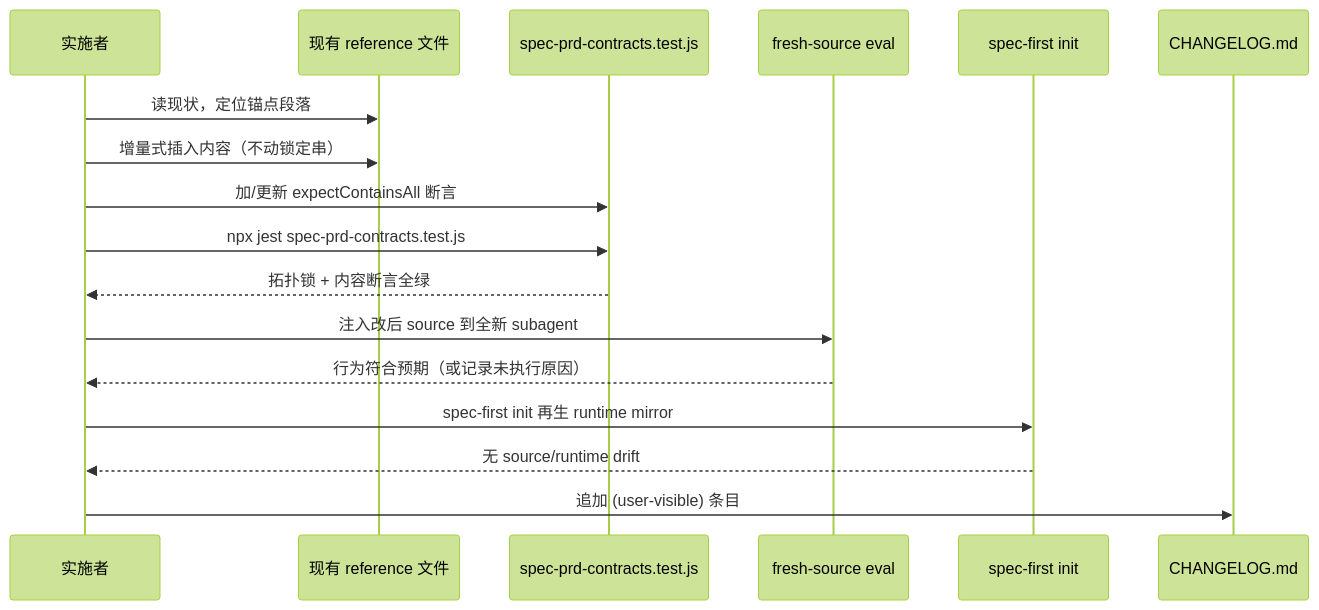
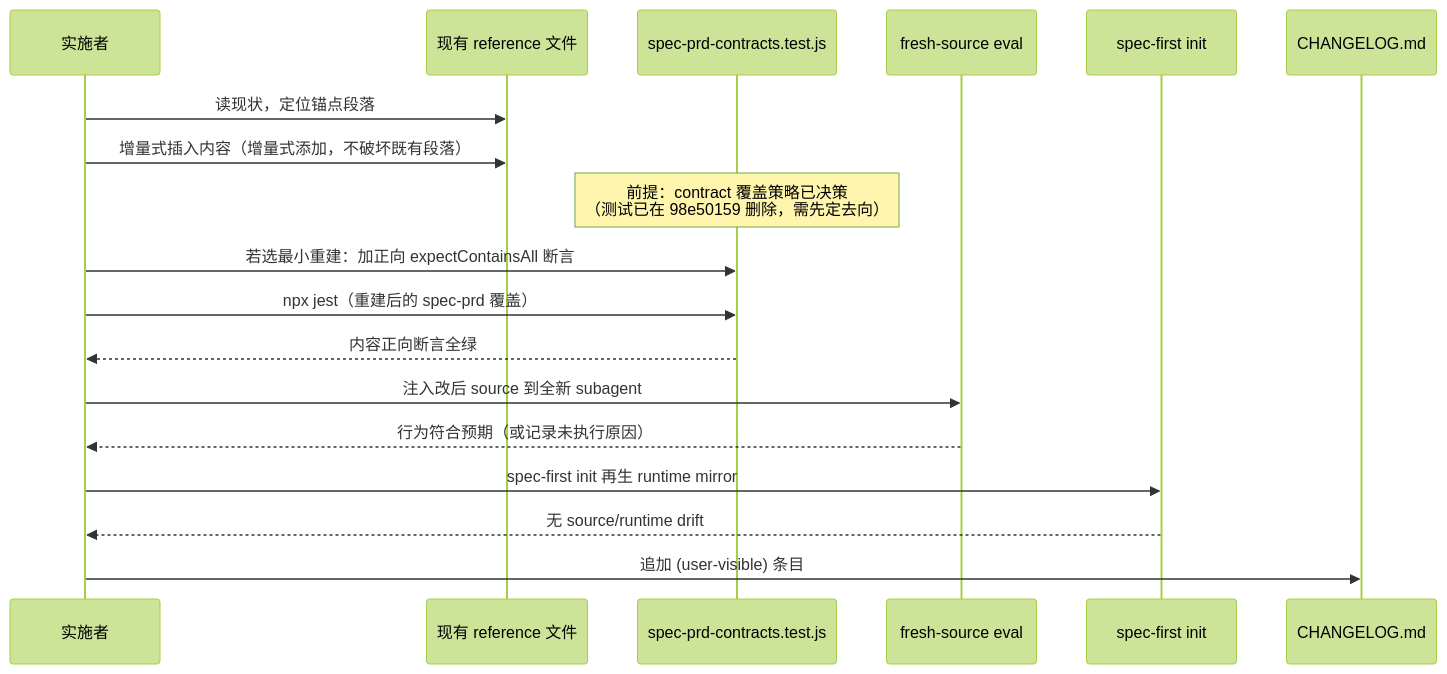
Before and after one commit to leo-kuang-ai/spec-first: the second of 2 diagrams in .kiro/specs/spec-prd-optimization-integration/design.md, drawn with Mermaid (forest theme). The commit also changed other lines of this file and 54 other files, not shown here.

````diff
--- a/.kiro/specs/spec-prd-optimization-integration/design.md
+++ b/.kiro/specs/spec-prd-optimization-integration/design.md
@@ -70,20 +70,21 @@
 ```mermaid
 sequenceDiagram
     participant Dev as 实施者
     participant Ref as 现有 reference 文件
     participant Test as spec-prd-contracts.test.js
     participant Eval as fresh-source eval
     participant Init as spec-first init
     participant CL as CHANGELOG.md
 
     Dev->>Ref: 读现状，定位锚点段落
-    Dev->>Ref: 增量式插入内容（不动锁定串）
-    Dev->>Test: 加/更新 expectContainsAll 断言
-    Dev->>Test: npx jest spec-prd-contracts.test.js
-    Test-->>Dev: 拓扑锁 + 内容断言全绿
+    Dev->>Ref: 增量式插入内容（增量式添加，不破坏既有段落）
+    Note over Test: 前提：contract 覆盖策略已决策<br/>（测试已在 98e50159 删除，需先定去向）
+    Dev->>Test: 若选最小重建：加正向 expectContainsAll 断言
+    Dev->>Test: npx jest（重建后的 spec-prd 覆盖）
+    Test-->>Dev: 内容正向断言全绿
     Dev->>Eval: 注入改后 source 到全新 subagent
     Eval-->>Dev: 行为符合预期（或记录未执行原因）
     Dev->>Init: spec-first init 再生 runtime mirror
     Init-->>Dev: 无 source/runtime drift
     Dev->>CL: 追加 (user-visible) 条目
 ```
````
